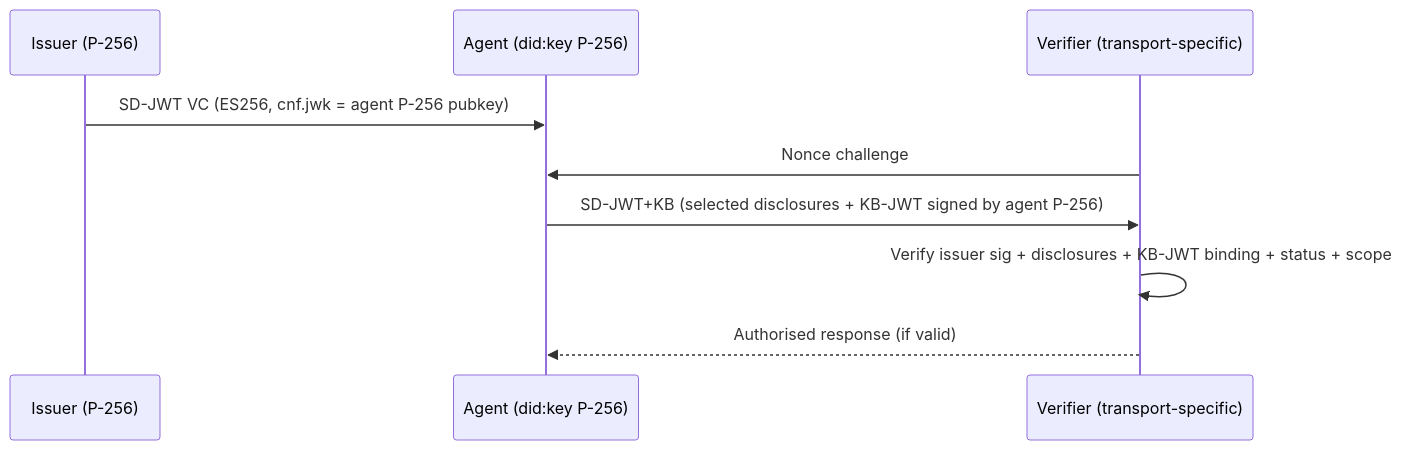
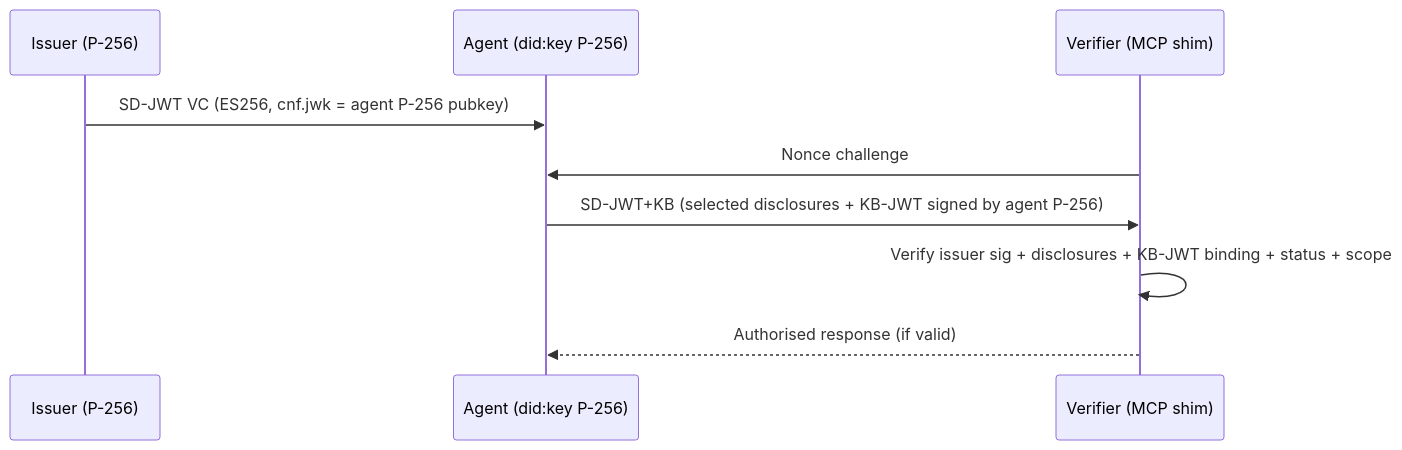
One commit to UltraQuamfy/I2H2A-spec changed the diagram in I2H2A-v0.2-draft.md. Above: the diagram before and after it, drawn with Mermaid. The commit also changed other lines of this file and 1 other file, not shown here.

````diff
--- a/I2H2A-v0.2-draft.md
+++ b/I2H2A-v0.2-draft.md
@@ -410,12 +410,12 @@
 ```mermaid
 sequenceDiagram
   participant I as Issuer (P-256)
   participant A as Agent (did:key P-256)
-  participant V as Verifier (transport-specific)
+  participant V as Verifier (MCP shim)
 
   I->>A: SD-JWT VC (ES256, cnf.jwk = agent P-256 pubkey)
   V->>A: Nonce challenge
   A->>V: SD-JWT+KB (selected disclosures + KB-JWT signed by agent P-256)
   V->>V: Verify issuer sig + disclosures + KB-JWT binding + status + scope
   V-->>A: Authorised response (if valid)
 ```
````
